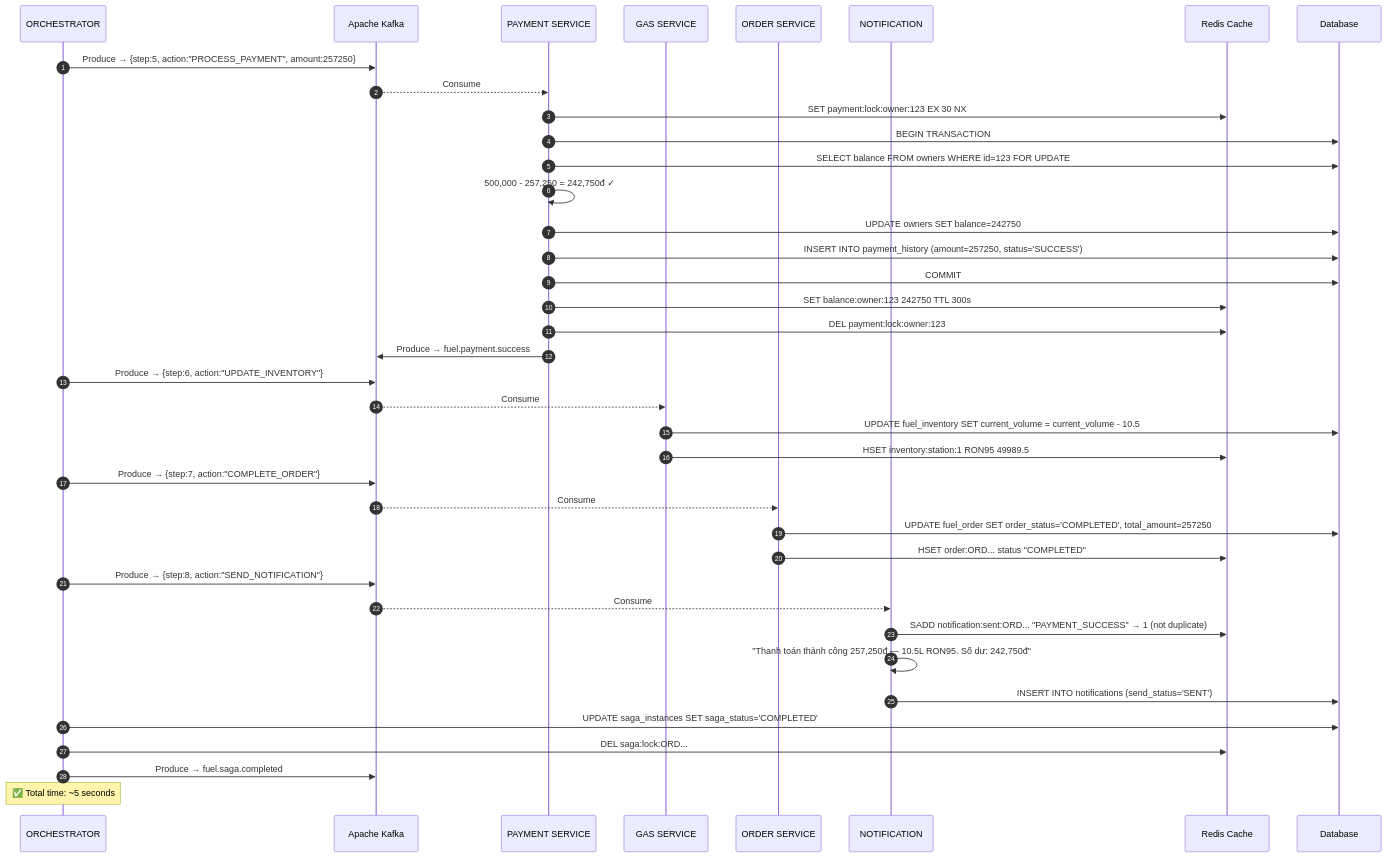
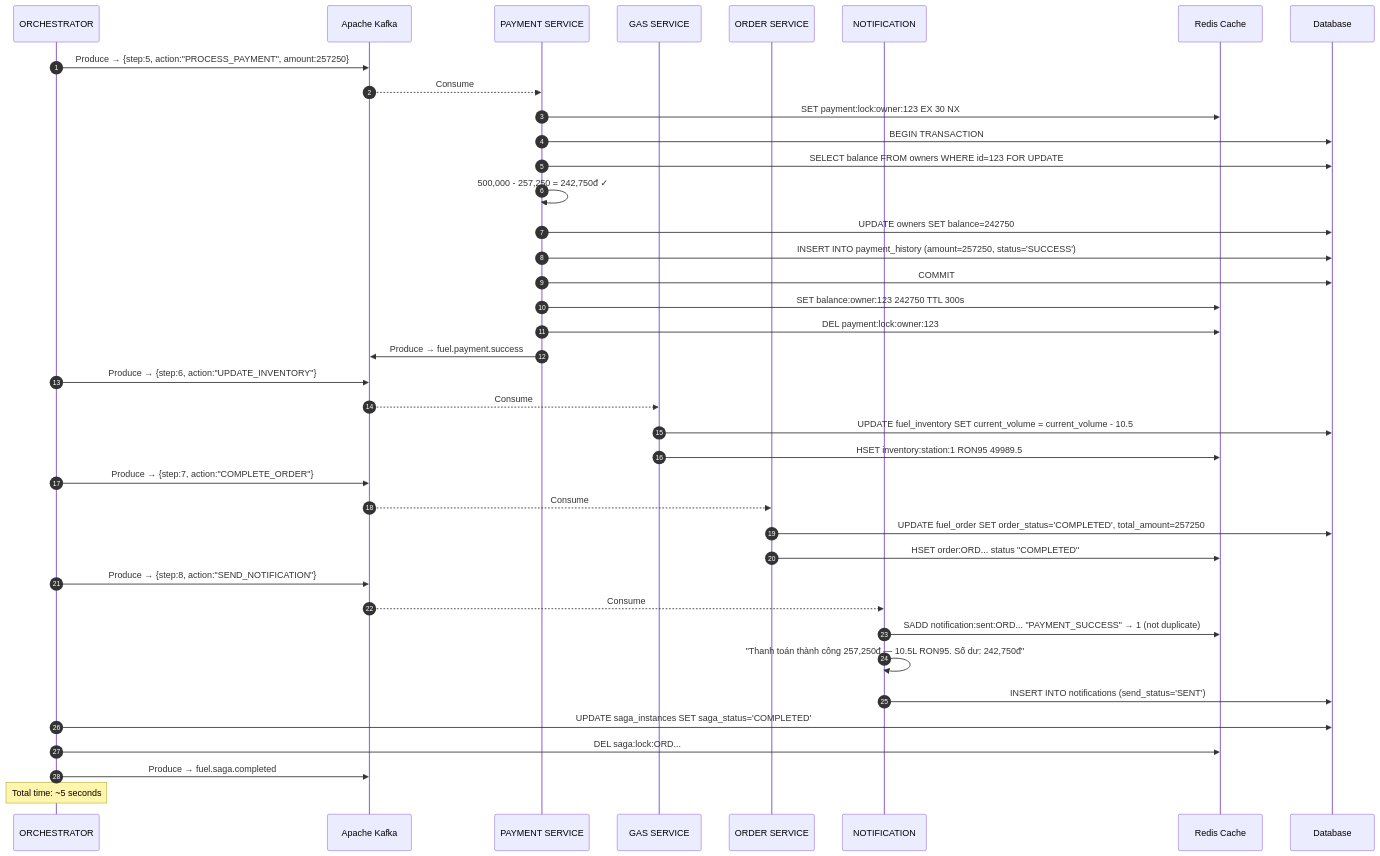
The fourth of 9 diagrams in README.md (huyvulccd/fuel-payment), drawn with Mermaid before and after one commit. The commit also changed other lines of this file and 53 other files, not shown here.

````diff
--- a/README.md
+++ b/README.md
@@ -110,47 +110,47 @@
 ```mermaid
 sequenceDiagram
     autonumber
     participant Orchestrator as ORCHESTRATOR
     participant Kafka as Apache Kafka
     participant Payment as PAYMENT SERVICE
     participant Gas as GAS SERVICE
     participant Order as ORDER SERVICE
     participant Notif as NOTIFICATION
     participant Redis as Redis Cache
     participant DB as Database
 
     Orchestrator->>Kafka: Produce → {step:5, action:"PROCESS_PAYMENT", amount:257250}
     Kafka-->>Payment: Consume
 
     Payment->>Redis: SET payment:lock:owner:123 EX 30 NX
     Payment->>DB: BEGIN TRANSACTION
     Payment->>DB: SELECT balance FROM owners WHERE id=123 FOR UPDATE
     Payment->>Payment: 500,000 - 257,250 = 242,750đ ✓
     Payment->>DB: UPDATE owners SET balance=242750
     Payment->>DB: INSERT INTO payment_history (amount=257250, status='SUCCESS')
     Payment->>DB: COMMIT
     Payment->>Redis: SET balance:owner:123 242750 TTL 300s
     Payment->>Redis: DEL payment:lock:owner:123
     Payment->>Kafka: Produce → fuel.payment.success
 
     Orchestrator->>Kafka: Produce → {step:6, action:"UPDATE_INVENTORY"}
     Kafka-->>Gas: Consume
     Gas->>DB: UPDATE fuel_inventory SET current_volume = current_volume - 10.5
     Gas->>Redis: HSET inventory:station:1 RON95 49989.5
 
     Orchestrator->>Kafka: Produce → {step:7, action:"COMPLETE_ORDER"}
     Kafka-->>Order: Consume
     Order->>DB: UPDATE fuel_order SET order_status='COMPLETED', total_amount=257250
     Order->>Redis: HSET order:ORD... status "COMPLETED"
 
     Orchestrator->>Kafka: Produce → {step:8, action:"SEND_NOTIFICATION"}
     Kafka-->>Notif: Consume
     Notif->>Redis: SADD notification:sent:ORD... "PAYMENT_SUCCESS" → 1 (not duplicate)
     Notif->>Notif: "Thanh toán thành công 257,250đ — 10.5L RON95. Số dư: 242,750đ"
     Notif->>DB: INSERT INTO notifications (send_status='SENT')
 
     Orchestrator->>DB: UPDATE saga_instances SET saga_status='COMPLETED'
     Orchestrator->>Redis: DEL saga:lock:ORD...
     Orchestrator->>Kafka: Produce → fuel.saga.completed
-    Note over Orchestrator: ✅ Total time: ~5 seconds
+    Note over Orchestrator: Total time: ~5 seconds
 ```
````
